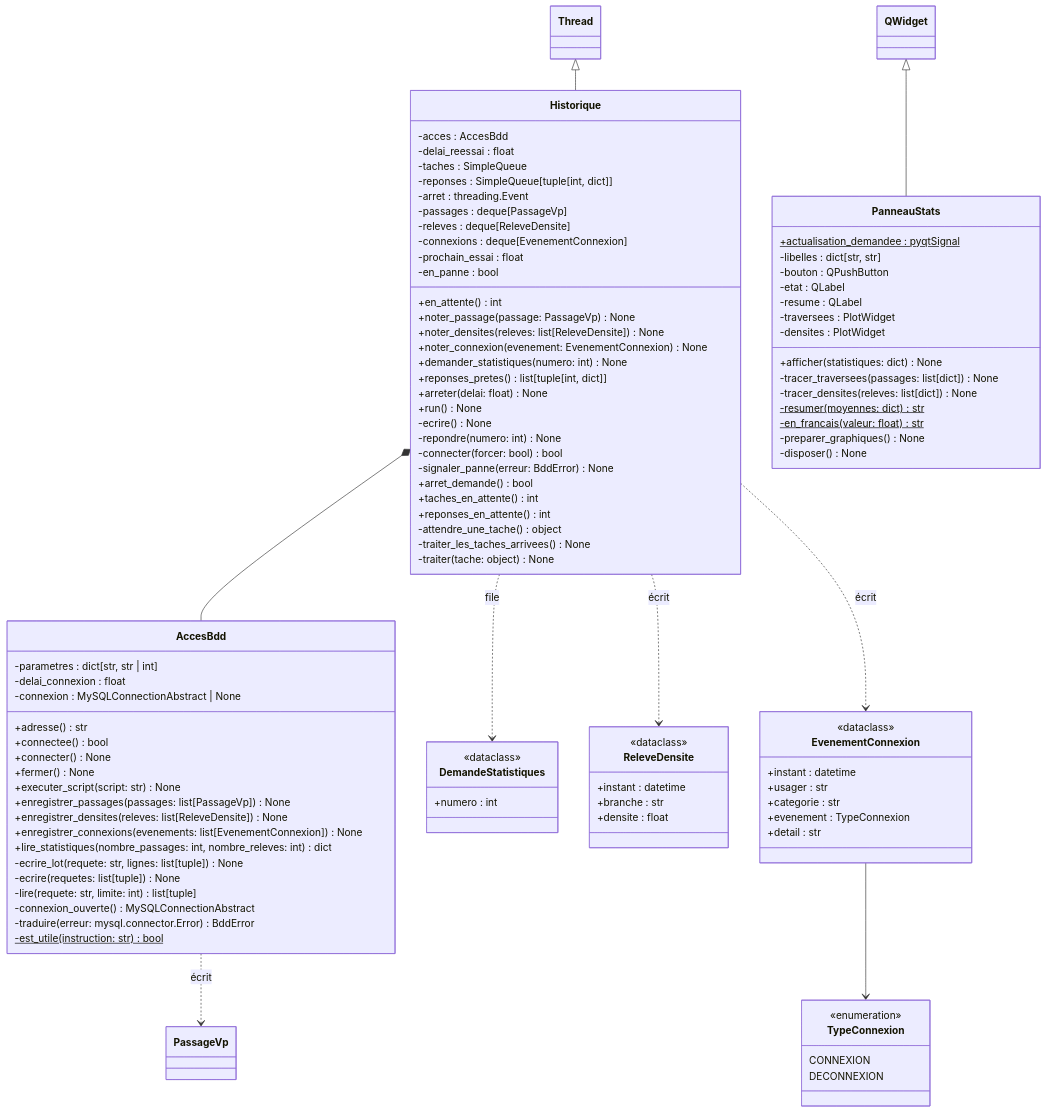
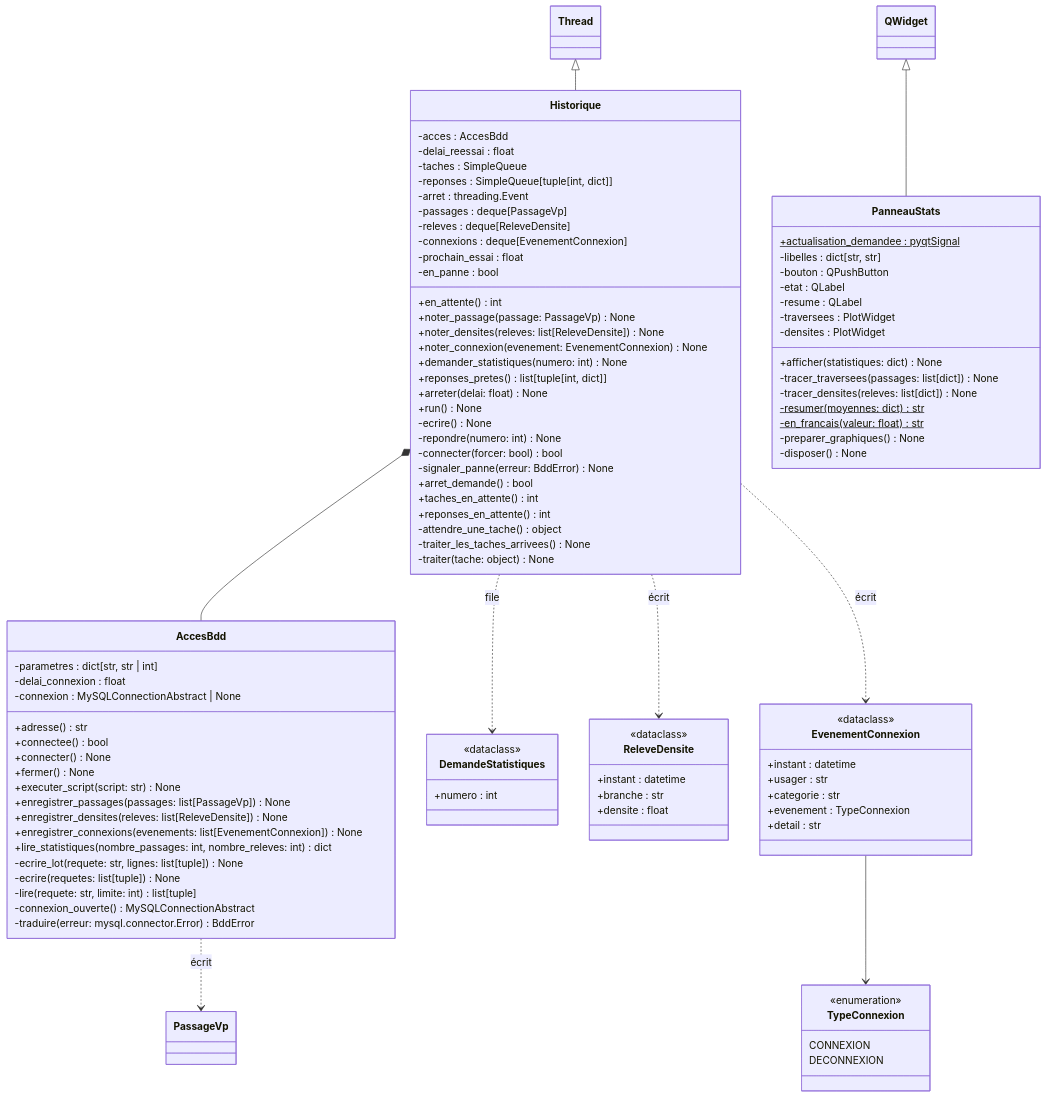
One commit to vRayzix/SAE3.02_Developper-une-application-communicante changed diagram 12 of 12 in docs/uml.md. Above: the diagram before and after it, drawn with Mermaid. The commit also changed other lines of this file and 2 other files, not shown here.

```diff
--- a/docs/uml.md
+++ b/docs/uml.md
@@ -1094,7 +1102,6 @@
         -lire(requete: str, limite: int) list[tuple]
         -connexion_ouverte() MySQLConnectionAbstract
         -traduire(erreur: mysql.connector.Error) BddError
-        -est_utile(instruction: str) bool$
     }
 
     class Historique {
```
